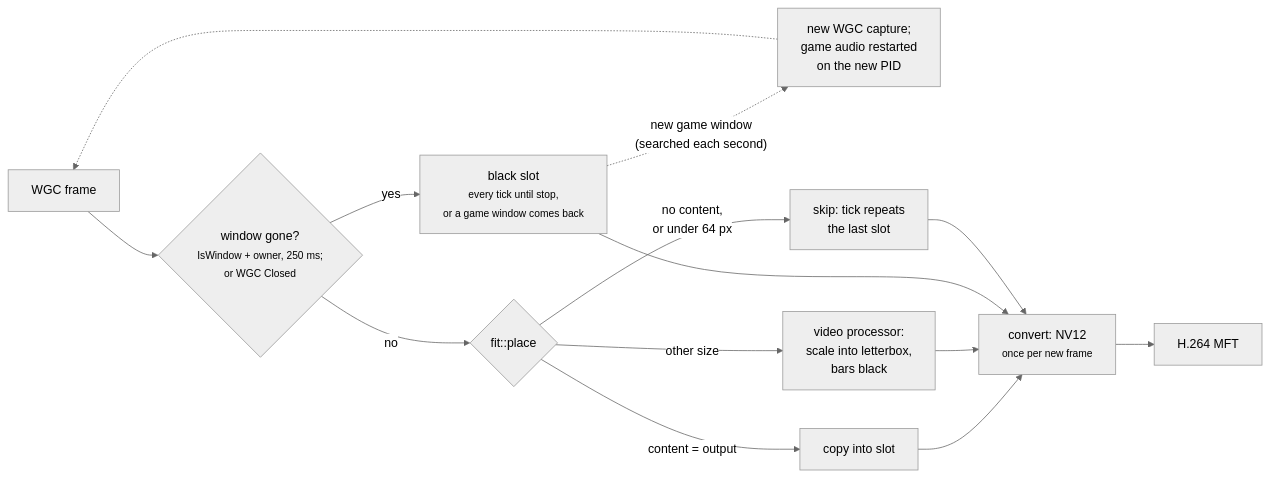
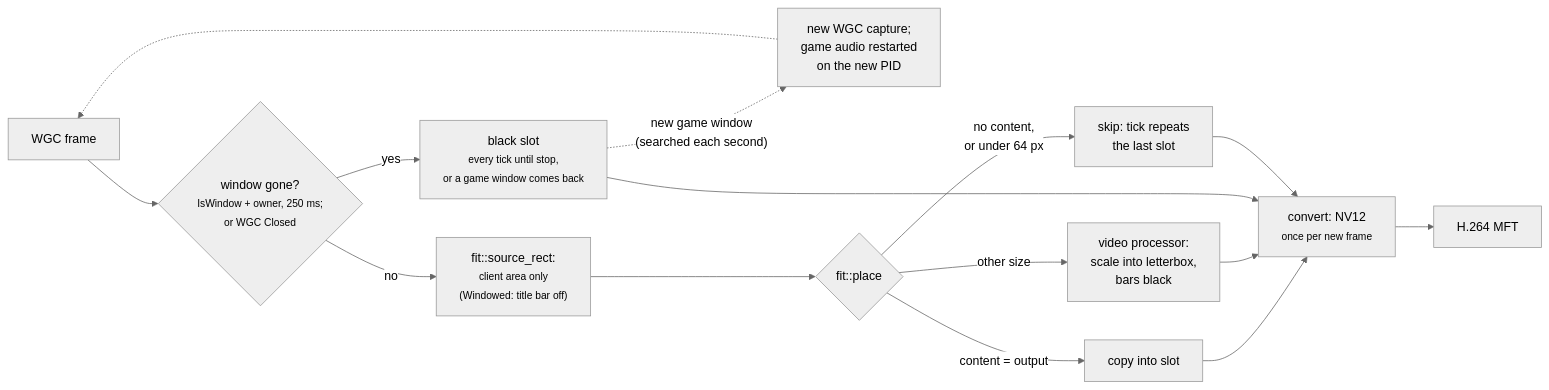
The fifth of 10 diagrams in docs/architecture.md (NinjaGoldfinch/ninja-recorder), drawn with Mermaid (neutral theme) before and after one commit. The commit also changed other lines of this file and 5 other files, not shown here.

First line of the commit message:
feat(own): crop a Windowed game's title bar out of the recording (#320)

````diff
--- a/docs/architecture.md
+++ b/docs/architecture.md
@@ -307,16 +319,17 @@
 ```mermaid
 flowchart LR
     F["WGC frame"] --> C{"window gone?<br/><small>IsWindow + owner, 250 ms;<br/>or WGC Closed</small>"}
     C -->|yes| B["black slot<br/><small>every tick until stop,<br/>or a game window comes back</small>"]
     B -.->|"new game window<br/>(searched each second)"| R["new WGC capture;<br/>game audio restarted<br/>on the new PID"]
     R -.-> F
-    C -->|no| P{"fit::place"}
+    C -->|no| S["fit::source_rect:<br/><small>client area only<br/>(Windowed: title bar off)</small>"]
+    S --> P{"fit::place"}
     P -->|"content = output"| CP["copy into slot"]
     P -->|"other size"| VP["video processor:<br/>scale into letterbox,<br/>bars black"]
     P -->|"no content,<br/>or under 64 px"| SK["skip: tick repeats<br/>the last slot"]
     CP --> W["convert: NV12<br/><small>once per new frame</small>"]
     VP --> W
     B --> W
     SK --> W
     W --> E["H.264 MFT"]
 ```
````
